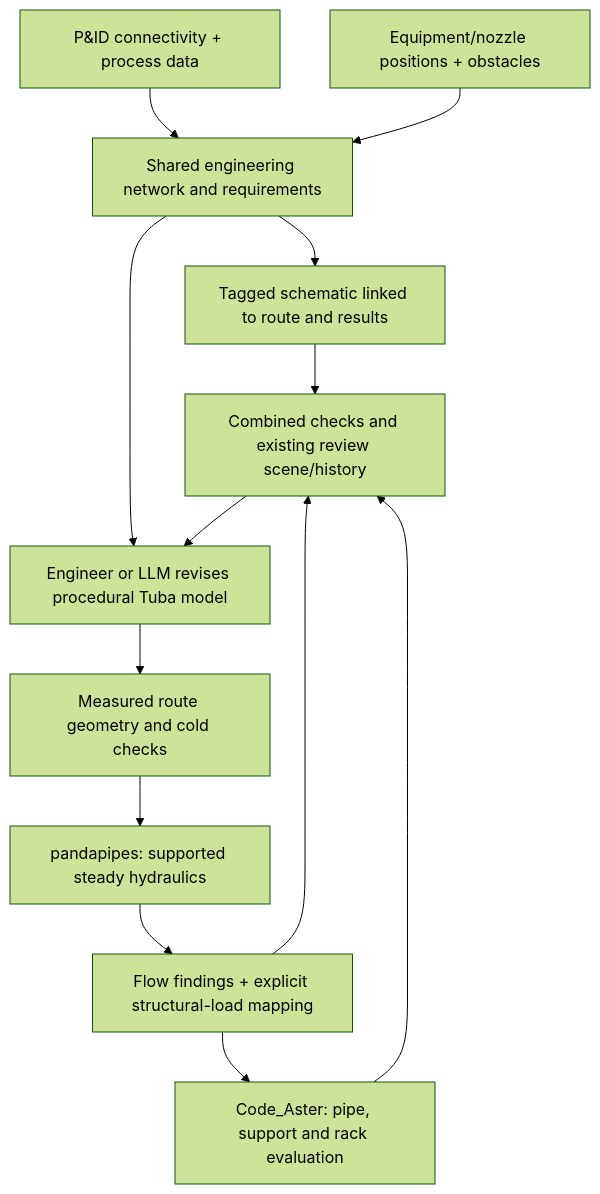
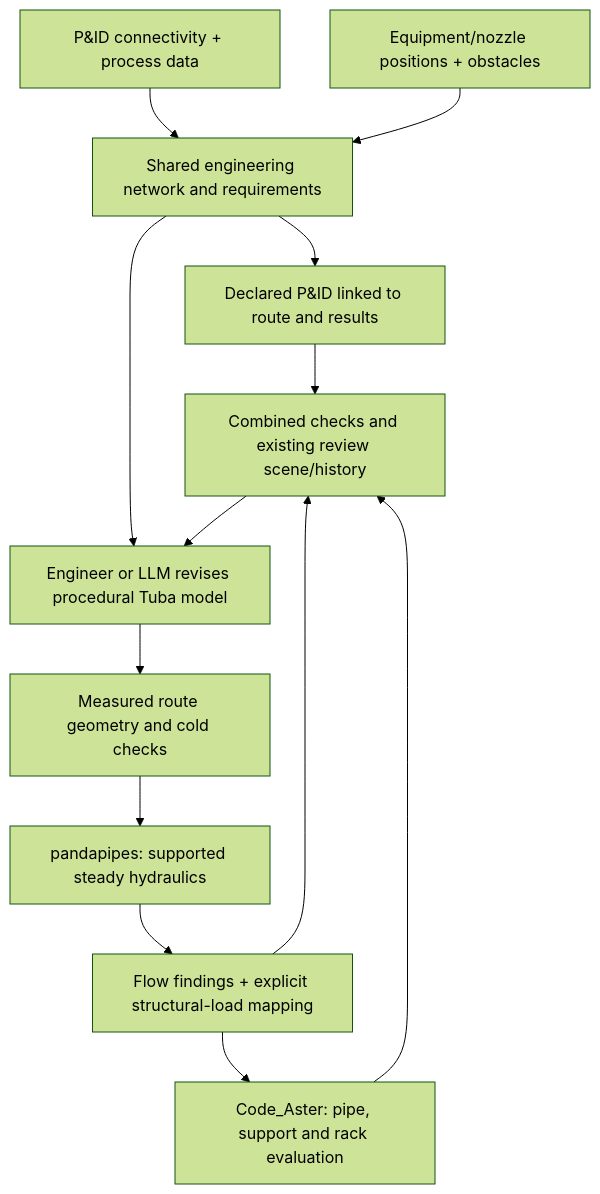
Before and after one commit to jgwagenfeld/Tuba_v4: the second of 2 diagrams in docs/architecture/process-network-and-code-aster-roadmap.md, drawn with Mermaid (forest theme). The commit also changed other lines of this file and 19 other files, not shown here.

Commit message:
Add graph-backed instrumented P&ID review with verified solver evidence

````diff
--- a/docs/architecture/process-network-and-code-aster-roadmap.md
+++ b/docs/architecture/process-network-and-code-aster-roadmap.md
@@ -70,15 +73,15 @@
 ```mermaid
 flowchart TD
     P["P&ID connectivity + process data"] --> N["Shared engineering network and requirements"]
     G["Equipment/nozzle positions + obstacles"] --> N
-    N --> D["Tagged schematic linked to route and results"]
+    N --> D["Declared P&ID linked to route and results"]
     N --> A["Engineer or LLM revises procedural Tuba model"]
     A --> R["Measured route geometry and cold checks"]
     R --> H["pandapipes: supported steady hydraulics"]
     H --> F["Flow findings + explicit structural-load mapping"]
     F --> S["Code_Aster: pipe, support and rack evaluation"]
     S --> C["Combined checks and existing review scene/history"]
     F --> C
     D --> C
     C --> A
 ```
````
